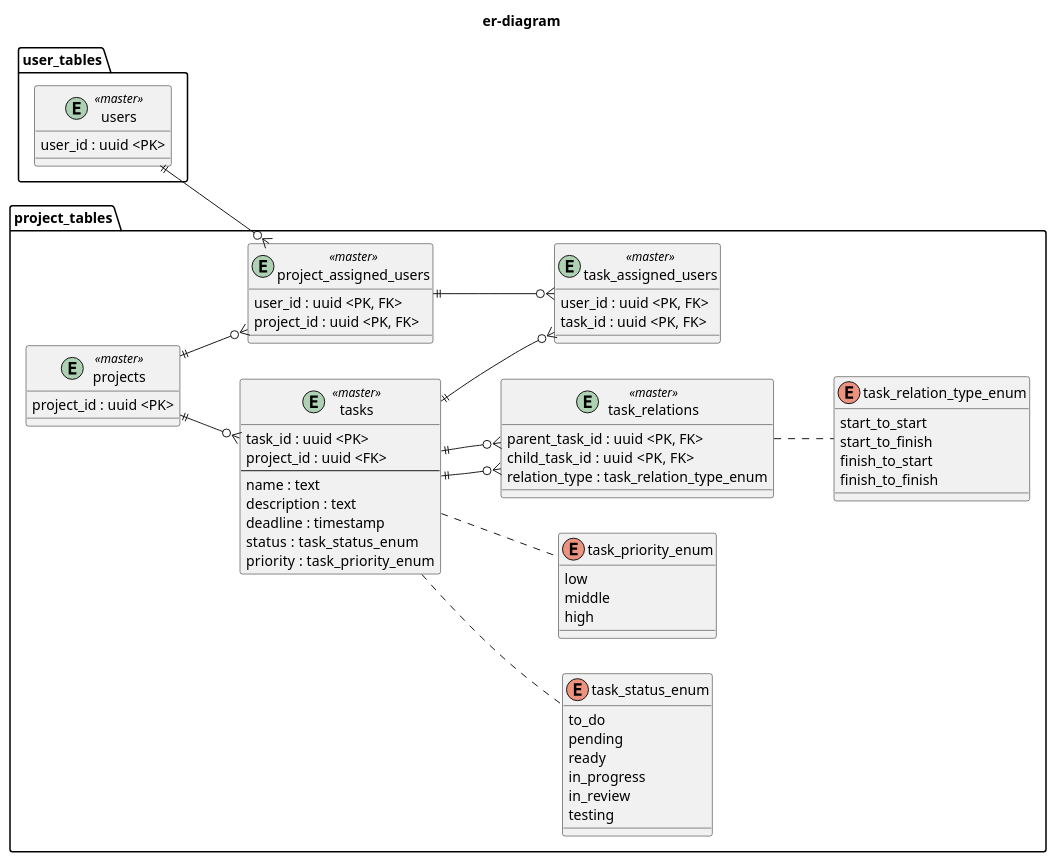
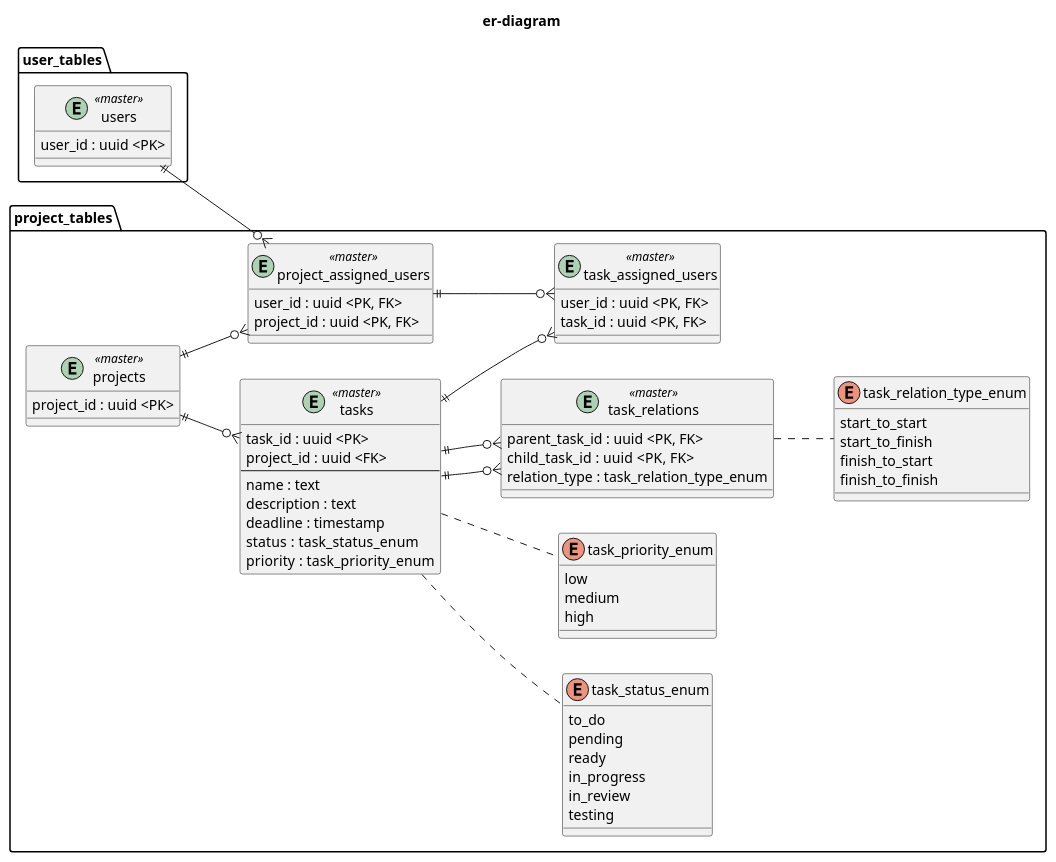
The diagram in doc/backend/er-diagram/er-diagram.pu (KaungSetLinn/FlowMatic), drawn with PlantUML before and after one commit.

Commit message:
Change word middle -> medium

```diff
--- a/doc/backend/er-diagram/er-diagram.pu
+++ b/doc/backend/er-diagram/er-diagram.pu
@@ -1,73 +1,73 @@
 @startuml er-diagram
 
 left to right direction
 
 title er-diagram
 
 package user_tables {
     entity users <<master>>{
         user_id : uuid <PK>
     }
 }
 
 package project_tables {
     entity projects <<master>>{
         project_id : uuid <PK>
     }
     entity project_assigned_users <<master>>{
         user_id : uuid <PK, FK>
         project_id : uuid <PK, FK>
     }
     entity tasks <<master>>{
         task_id : uuid <PK>
         project_id : uuid <FK>
         ---
         name : text
         description : text
         deadline : timestamp
         status :  task_status_enum
         priority :  task_priority_enum
     }
     enum  task_status_enum {
         to_do
         pending
         ready
         in_progress
         in_review
         testing
     }
     enum  task_priority_enum {
         low
-        middle
+        medium
         high
     }
     entity task_assigned_users <<master>>{
         user_id : uuid <PK, FK>
         task_id : uuid <PK, FK>
     }
     entity task_relations <<master>>{
         parent_task_id : uuid <PK, FK>
         child_task_id  : uuid <PK, FK>
         relation_type : task_relation_type_enum
     }
     enum task_relation_type_enum {
         start_to_start
         start_to_finish
         finish_to_start
         finish_to_finish
     }
 
     projects ||--o{ project_assigned_users
     project_assigned_users ||--o{ task_assigned_users
     projects ||--o{ tasks
     tasks ||--o{ task_relations
     tasks ||--o{ task_relations
     task_relations .. task_relation_type_enum
     tasks ..  task_priority_enum
     tasks ..  task_status_enum
     tasks ||--o{ task_assigned_users
 }
 
 users ||--o{ project_assigned_users
 
 @enduml
```
